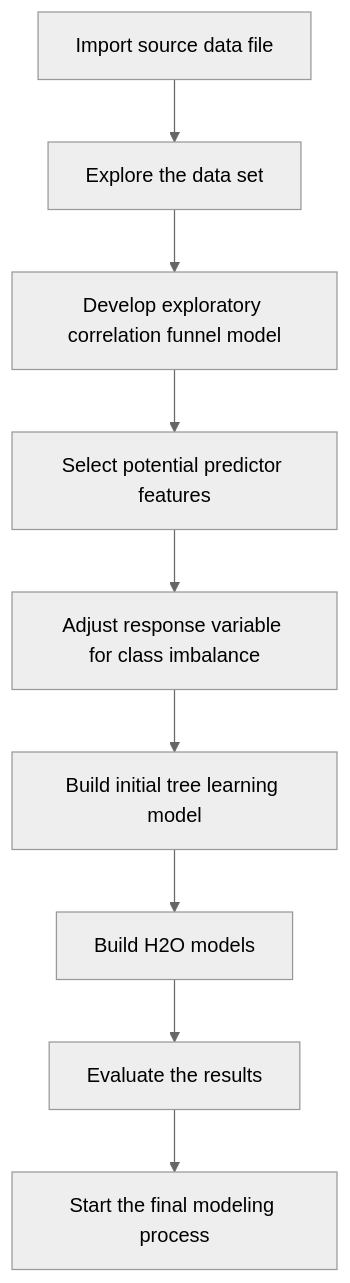
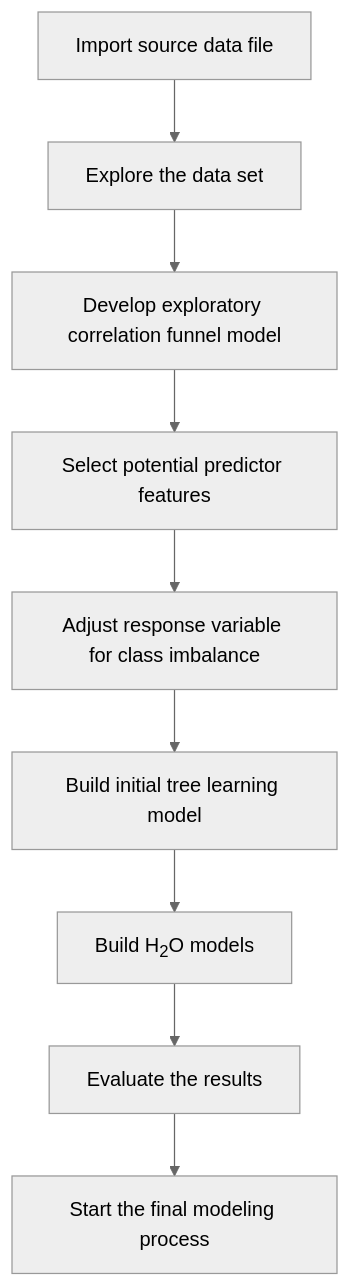
One commit to garth-c/r_exploratory_classification_modeling changed the diagram in README.md. Above: the diagram before and after it, drawn with Mermaid (neutral theme). The commit also changed other lines of this file, not shown here.

````diff
--- a/README.md
+++ b/README.md
@@ -39,11 +39,11 @@
 ```mermaid
 graph TD;
 A[Import source data file] --> B[Explore the data set];
     B --> C[Develop exploratory correlation funnel model];
     C --> D[Select potential predictor features];
     D --> E[Adjust response variable for class imbalance];
     E --> F[Build initial tree learning model];
-    F --> G[Build H2O models];
+    F --> G[Build H<sub>2</sub>O models];
     G --> H[Evaluate the results];
     H --> I[Start the final modeling process];
 ```
````
